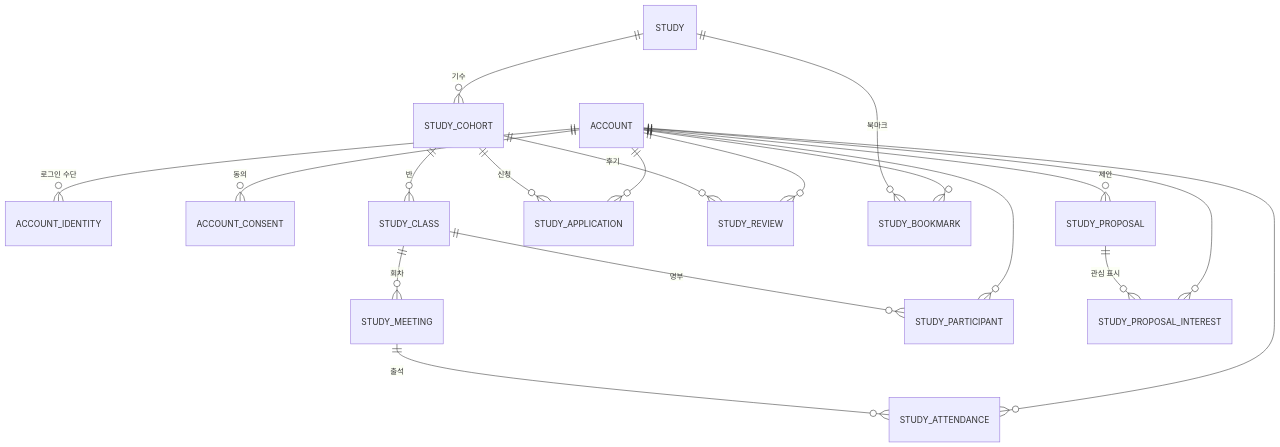
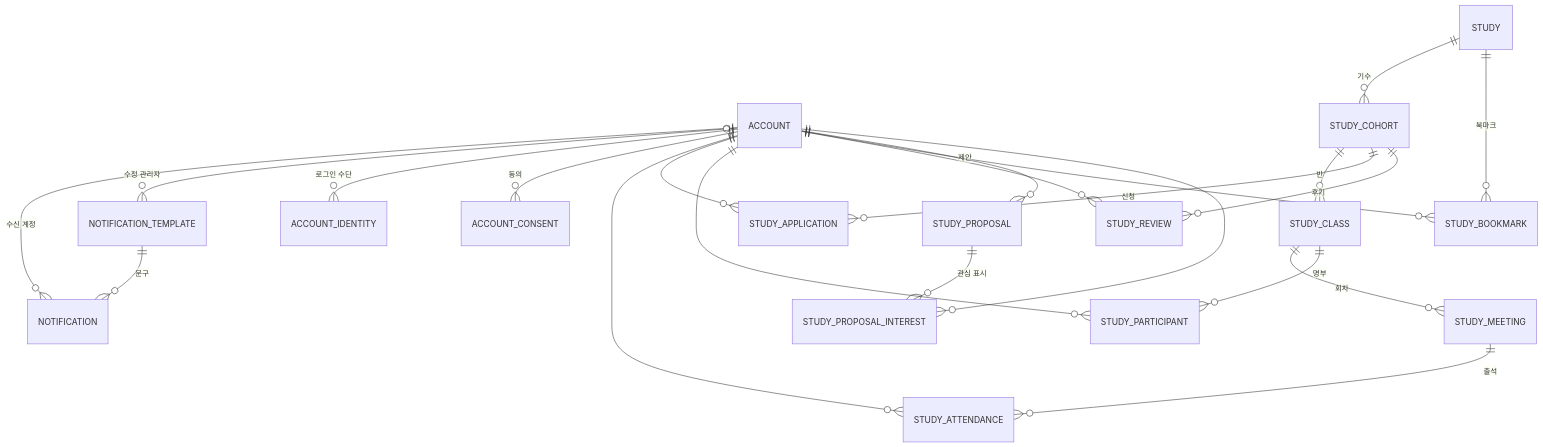
The first of 2 diagrams in docs/erd/README.md (StudyClub-PlusPlus/studyclub-engineering), drawn with Mermaid before and after one commit. The commit also changed other lines of this file and 53 other files, not shown here.

````diff
--- a/docs/erd/README.md
+++ b/docs/erd/README.md
@@ -42,21 +42,24 @@
 ```mermaid
 erDiagram
+  ACCOUNT |o--o{ NOTIFICATION : "수신 계정"
+  ACCOUNT |o--o{ NOTIFICATION_TEMPLATE : "수정 관리자"
+  NOTIFICATION_TEMPLATE ||--o{ NOTIFICATION : "문구"
   ACCOUNT ||--o{ ACCOUNT_IDENTITY : "로그인 수단"
   ACCOUNT ||--o{ ACCOUNT_CONSENT : "동의"
   STUDY ||--o{ STUDY_COHORT : "기수"
   STUDY_COHORT ||--o{ STUDY_CLASS : "반"
   STUDY_CLASS ||--o{ STUDY_MEETING : "회차"
   STUDY_MEETING ||--o{ STUDY_ATTENDANCE : "출석"
   ACCOUNT ||--o{ STUDY_ATTENDANCE : ""
   STUDY_COHORT ||--o{ STUDY_APPLICATION : "신청"
   ACCOUNT ||--o{ STUDY_APPLICATION : ""
   STUDY_CLASS ||--o{ STUDY_PARTICIPANT : "명부"
   ACCOUNT ||--o{ STUDY_PARTICIPANT : ""
   STUDY_COHORT ||--o{ STUDY_REVIEW : "후기"
   ACCOUNT ||--o{ STUDY_REVIEW : ""
   STUDY ||--o{ STUDY_BOOKMARK : "북마크"
   ACCOUNT ||--o{ STUDY_BOOKMARK : ""
   ACCOUNT ||--o{ STUDY_PROPOSAL : "제안"
   STUDY_PROPOSAL ||--o{ STUDY_PROPOSAL_INTEREST : "관심 표시"
   ACCOUNT ||--o{ STUDY_PROPOSAL_INTEREST : ""
 ```
````
